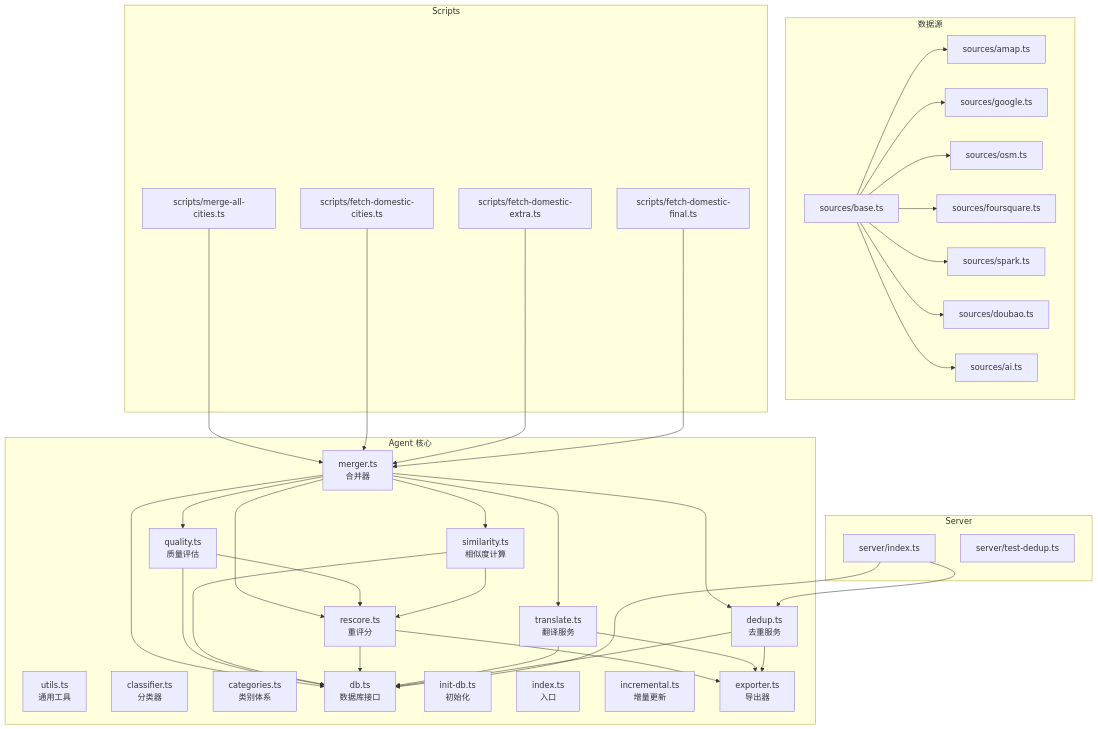
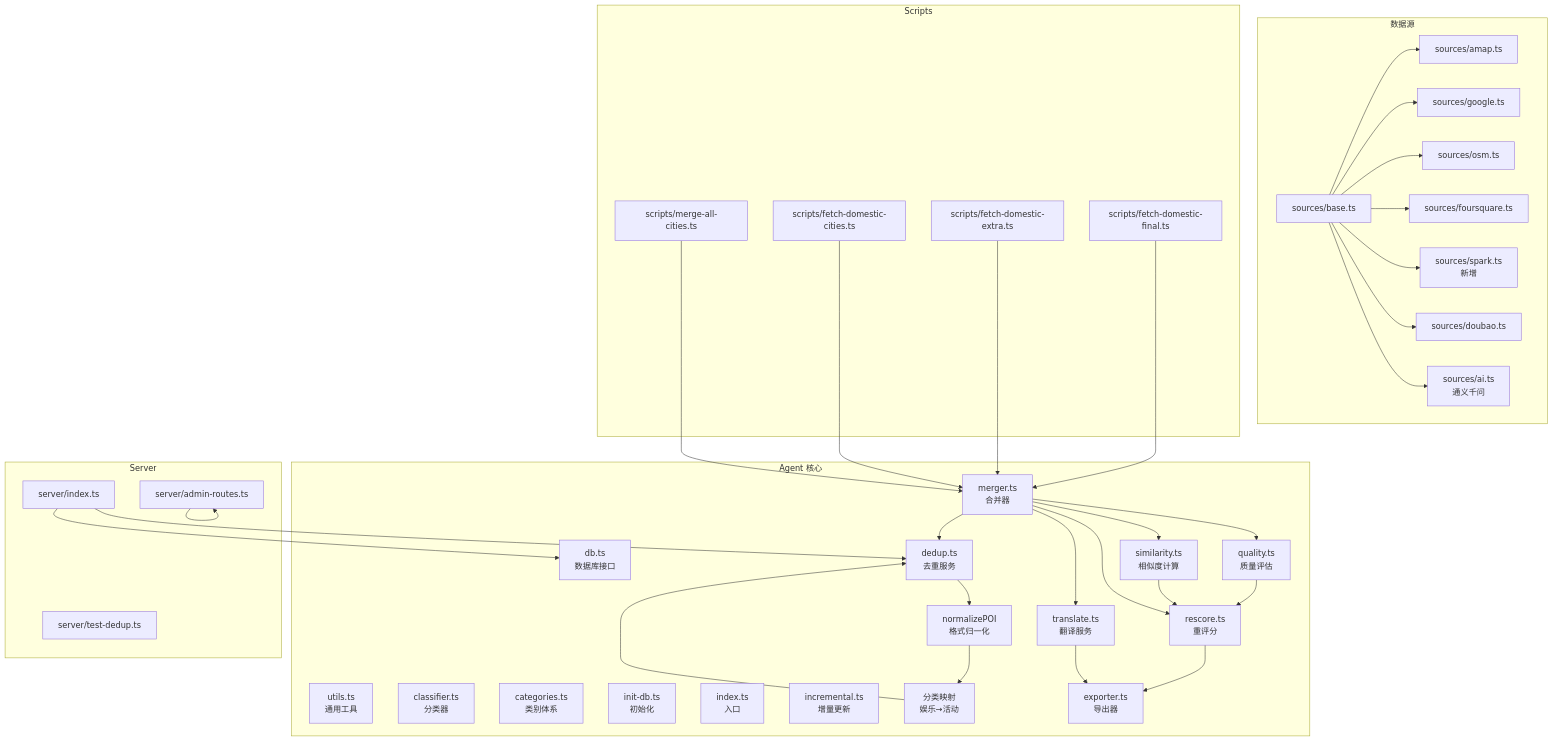
One commit to ititjjy/AITrip-plan changed the first of 13 diagrams in .qoder/repowiki/zh/content/AI数据采集系统/数据处理管道/数据处理管道.md. Above: the diagram before and after it, drawn with Mermaid. The commit also changed other lines of this file and 144 other files, not shown here.

First line of the commit message:
deploy: sync 37 cities POI data + latest code to server

````diff
--- a/.qoder/repowiki/zh/content/AI数据采集系统/数据处理管道/数据处理管道.md
+++ b/.qoder/repowiki/zh/content/AI数据采集系统/数据处理管道/数据处理管道.md
@@ -70,68 +84,68 @@
 ```mermaid
 graph TB
 subgraph "Agent 核心"
 M["merger.ts<br/>合并器"]
 Q["quality.ts<br/>质量评估"]
 S["similarity.ts<br/>相似度计算"]
 R["rescore.ts<br/>重评分"]
 T["translate.ts<br/>翻译服务"]
 D["dedup.ts<br/>去重服务"]
 U["utils.ts<br/>通用工具"]
 CL["classifier.ts<br/>分类器"]
 CAT["categories.ts<br/>类别体系"]
 DB["db.ts<br/>数据库接口"]
 INIT["init-db.ts<br/>初始化"]
 IDX["index.ts<br/>入口"]
 INC["incremental.ts<br/>增量更新"]
 EXP["exporter.ts<br/>导出器"]
+NORM["normalizePOI<br/>格式归一化"]
+CM["分类映射<br/>娱乐→活动"]
 end
 subgraph "数据源"
 BASE["sources/base.ts"]
 AMAP["sources/amap.ts"]
 GOOGLE["sources/google.ts"]
 OSM["sources/osm.ts"]
 FSQ["sources/foursquare.ts"]
-SPARK["sources/spark.ts"]
+SPARK["sources/spark.ts<br/>新增"]
 DOUBAO["sources/doubao.ts"]
-AI["sources/ai.ts"]
+AI["sources/ai.ts<br/>通义千问"]
 end
 subgraph "Server"
 SRV["server/index.ts"]
 TEST["server/test-dedup.ts"]
+ADMIN["server/admin-routes.ts"]
 end
 subgraph "Scripts"
 MERGE["scripts/merge-all-cities.ts"]
 FETCH1["scripts/fetch-domestic-cities.ts"]
 FETCH2["scripts/fetch-domestic-extra.ts"]
 FETCH3["scripts/fetch-domestic-final.ts"]
 end
 M --> Q
 M --> S
 M --> R
 M --> T
 M --> D
 Q --> R
 S --> R
 R --> EXP
 T --> EXP
-D --> EXP
-M --> DB
-Q --> DB
-S --> DB
-R --> DB
-T --> DB
-D --> DB
+D --> NORM
+NORM --> CM
+CM --> D
 BASE --> AMAP
 BASE --> GOOGLE
 BASE --> OSM
 BASE --> FSQ
 BASE --> SPARK
 BASE --> DOUBAO
 BASE --> AI
 SRV --> D
 SRV --> DB
+ADMIN --> ADMIN
 MERGE --> M
 FETCH1 --> M
 FETCH2 --> M
 FETCH3 --> M
 ```
````
